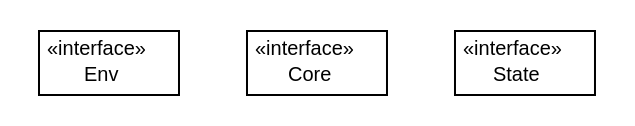
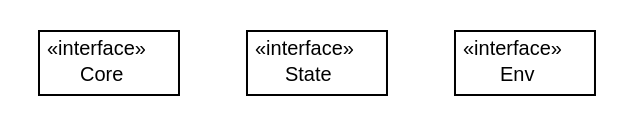
Before and after one commit to UnicaLabs-CS/Foresee: the diagram in docs/it/unica/foresee/core/interfaces/it.unica.foresee.core.interfaces.dot, drawn with Graphviz. The commit also changed 247 other files, not shown here.

```diff
--- a/docs/it/unica/foresee/core/interfaces/it.unica.foresee.core.interfaces.dot
+++ b/docs/it/unica/foresee/core/interfaces/it.unica.foresee.core.interfaces.dot
@@ -1,33 +1,33 @@
 #!/usr/local/bin/dot
 #
 # Class diagram 
 # Generated by UMLGraph version 5.2 (http://www.umlgraph.org/)
 #
 
 digraph G {
 	edge [fontname="Helvetica",fontsize=10,labelfontname="Helvetica",labelfontsize=10];
 	node [fontname="Helvetica",fontsize=10,shape=plaintext];
 	nodesep=0.25;
 	ranksep=0.5;
-	// it.unica.foresee.core.interfaces.Env
-	c390 [label=<<table title="it.unica.foresee.core.interfaces.Env" border="0" cellborder="1" cellspacing="0" cellpadding="2" port="p" href="./Env.html">
-		<tr><td><table border="0" cellspacing="0" cellpadding="1">
-<tr><td align="center" balign="center"> &#171;interface&#187; </td></tr>
-<tr><td align="center" balign="center"> Env </td></tr>
-		</table></td></tr>
-		</table>>, fontname="Helvetica", fontcolor="black", fontsize=10.0];
 	// it.unica.foresee.core.interfaces.Core
-	c391 [label=<<table title="it.unica.foresee.core.interfaces.Core" border="0" cellborder="1" cellspacing="0" cellpadding="2" port="p" href="./Core.html">
+	c312 [label=<<table title="it.unica.foresee.core.interfaces.Core" border="0" cellborder="1" cellspacing="0" cellpadding="2" port="p" href="./Core.html">
 		<tr><td><table border="0" cellspacing="0" cellpadding="1">
 <tr><td align="center" balign="center"> &#171;interface&#187; </td></tr>
 <tr><td align="center" balign="center"> Core </td></tr>
 		</table></td></tr>
 		</table>>, fontname="Helvetica", fontcolor="black", fontsize=10.0];
 	// it.unica.foresee.core.interfaces.State
-	c392 [label=<<table title="it.unica.foresee.core.interfaces.State" border="0" cellborder="1" cellspacing="0" cellpadding="2" port="p" href="./State.html">
+	c313 [label=<<table title="it.unica.foresee.core.interfaces.State" border="0" cellborder="1" cellspacing="0" cellpadding="2" port="p" href="./State.html">
 		<tr><td><table border="0" cellspacing="0" cellpadding="1">
 <tr><td align="center" balign="center"> &#171;interface&#187; </td></tr>
 <tr><td align="center" balign="center"> State </td></tr>
 		</table></td></tr>
 		</table>>, fontname="Helvetica", fontcolor="black", fontsize=10.0];
+	// it.unica.foresee.core.interfaces.Env
+	c314 [label=<<table title="it.unica.foresee.core.interfaces.Env" border="0" cellborder="1" cellspacing="0" cellpadding="2" port="p" href="./Env.html">
+		<tr><td><table border="0" cellspacing="0" cellpadding="1">
+<tr><td align="center" balign="center"> &#171;interface&#187; </td></tr>
+<tr><td align="center" balign="center"> Env </td></tr>
+		</table></td></tr>
+		</table>>, fontname="Helvetica", fontcolor="black", fontsize=10.0];
 }
```
